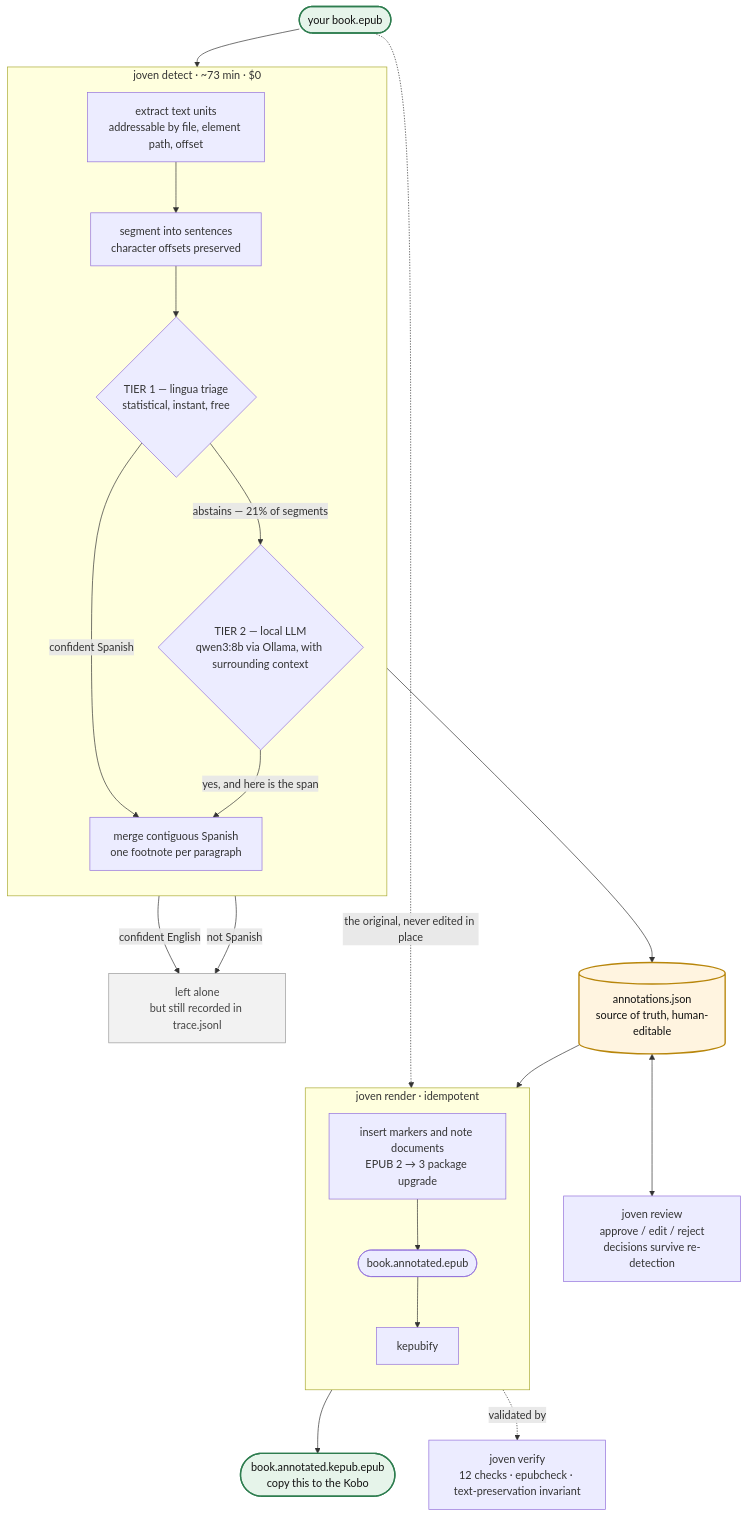
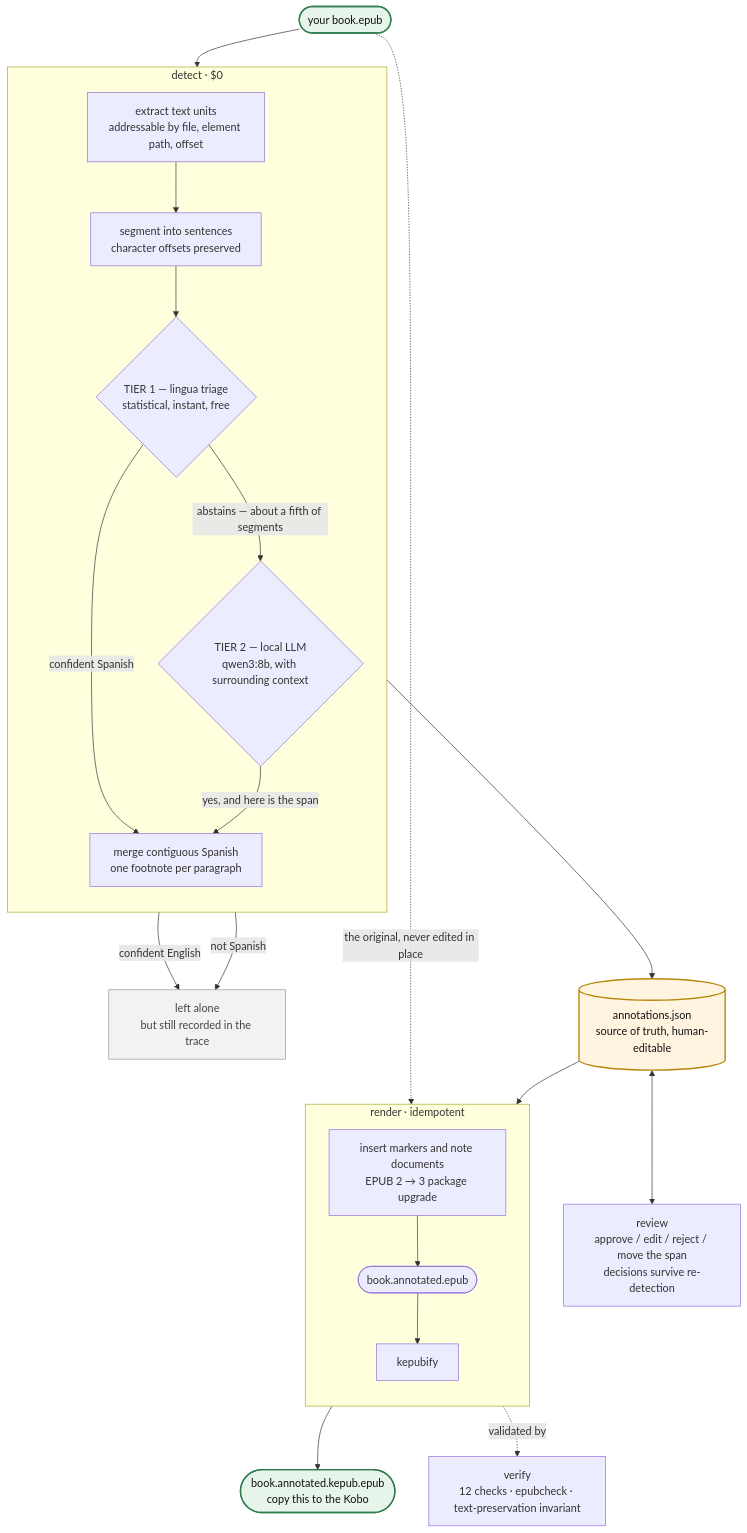
One commit to vyanhursky/joven changed the diagram in README.md. Above: the diagram before and after it, drawn with Mermaid. The commit also changed other lines of this file, not shown here.

````diff
--- a/README.md
+++ b/README.md
@@ -135,47 +137,47 @@
 ```mermaid
 flowchart TD
     START(["your book.epub"])
 
-    subgraph DETECT["joven detect · ~73 min · $0"]
+    subgraph DETECT["detect · $0"]
         direction TB
         EXTRACT["extract text units<br>addressable by file, element path, offset"]
         SEG["segment into sentences<br>character offsets preserved"]
         T1{"TIER 1 — lingua triage<br>statistical, instant, free"}
-        T2{"TIER 2 — local LLM<br>qwen3:8b via Ollama, with surrounding context"}
+        T2{"TIER 2 — local LLM<br>qwen3:8b, with surrounding context"}
         MERGE["merge contiguous Spanish<br>one footnote per paragraph"]
         EXTRACT --> SEG --> T1
-        T1 -- "abstains — 21% of segments" --> T2
+        T1 -- "abstains — about a fifth of segments" --> T2
         T1 -- "confident Spanish" --> MERGE
         T2 -- "yes, and here is the span" --> MERGE
     end
 
-    SKIP["left alone<br>but still recorded in trace.jsonl"]
+    SKIP["left alone<br>but still recorded in the trace"]
     T1 -- "confident English" --> SKIP
     T2 -- "not Spanish" --> SKIP
 
     SIDECAR[("annotations.json<br>source of truth, human-editable")]
-    REVIEW["joven review<br>approve / edit / reject<br>decisions survive re-detection"]
+    REVIEW["review<br>approve / edit / reject / move the span<br>decisions survive re-detection"]
     MERGE --> SIDECAR
     SIDECAR <--> REVIEW
 
-    subgraph RENDER["joven render · idempotent"]
+    subgraph RENDER["render · idempotent"]
         direction TB
         ANN["insert markers and note documents<br>EPUB 2 → 3 package upgrade"]
         EPUB3(["book.annotated.epub"])
         KEP["kepubify"]
         ANN --> EPUB3 --> KEP
     end
 
     START --> EXTRACT
     START -. "the original, never edited in place" .-> ANN
     SIDECAR --> ANN
     KEP --> OUT(["book.annotated.kepub.epub<br>copy this to the Kobo"])
-    EPUB3 -. "validated by" .-> VERIFY["joven verify<br>12 checks · epubcheck · text-preservation invariant"]
+    EPUB3 -. "validated by" .-> VERIFY["verify<br>12 checks · epubcheck · text-preservation invariant"]
 
     classDef artifact fill:#fff4e0,stroke:#b8860b,stroke-width:2px,color:#111
     classDef endpoint fill:#e6f4ea,stroke:#2e7d4f,stroke-width:2px,color:#111
     classDef muted fill:#f2f2f2,stroke:#999,color:#444
     class SIDECAR artifact
     class START,OUT endpoint
     class SKIP muted
 ```
````
